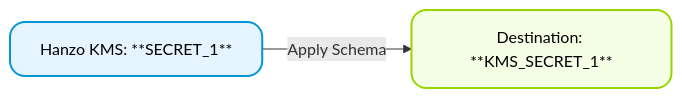
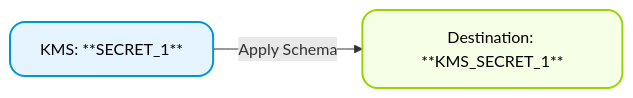
One commit to hanzoai/kms changed the second of 2 diagrams in docs/integrations/secret-syncs/overview.mdx. Above: the diagram before and after it, drawn with Mermaid. The commit also changed other lines of this file and 855 other files, not shown here.

````diff
--- a/docs/integrations/secret-syncs/overview.mdx
+++ b/docs/integrations/secret-syncs/overview.mdx
@@ -110,6 +110,6 @@
     ```mermaid
     graph LR
-      A[Hanzo KMS: **SECRET_1**] -->|Apply Schema| B[Destination: **KMS_SECRET_1**]
+      A[KMS: **SECRET_1**] -->|Apply Schema| B[Destination: **KMS_SECRET_1**]
       style B fill:#F4FFE6,stroke:#96D600,stroke-width:2px,color:black,rx:15px
       style A fill:#E6F4FF,stroke:#0096D6,stroke-width:2px,color:black,rx:15px
     ```
````
